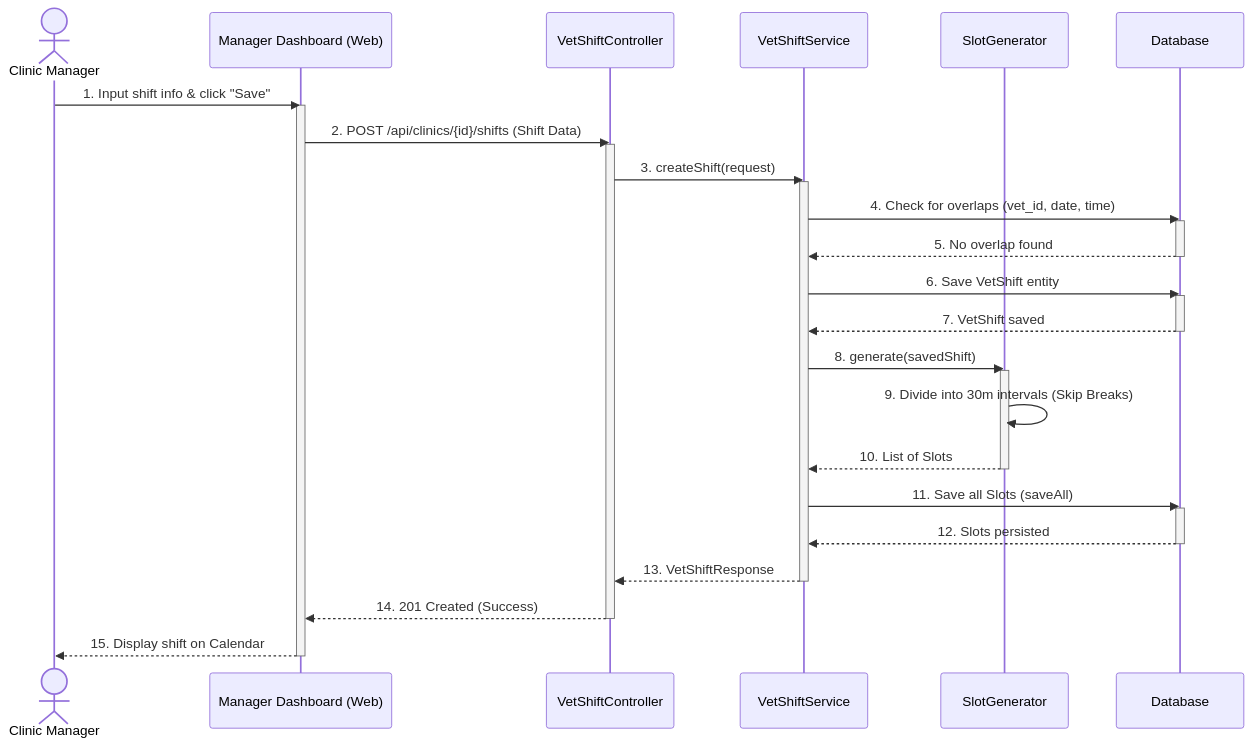
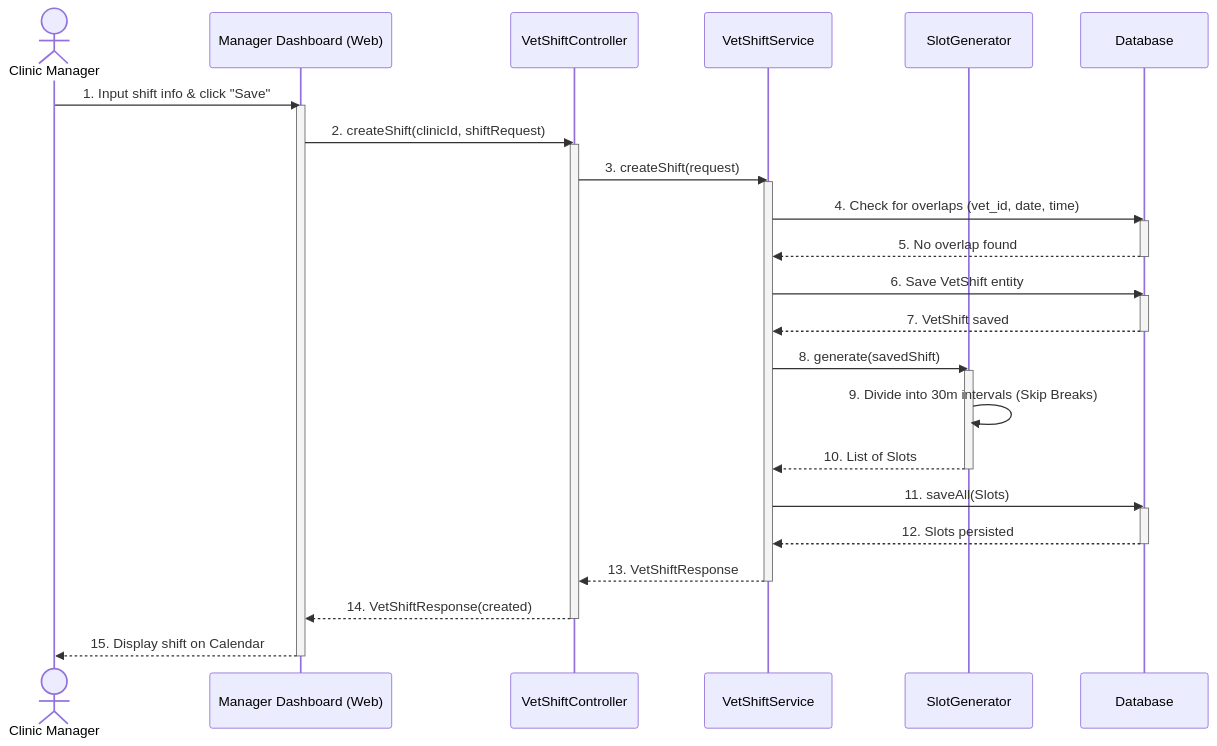
Before and after one commit to espresso23/Petties-Veterinary-Appointment-Booking-Platform: diagram 22 of 28 in docs-references/documentation/SDD/REPORT_4_SDD_SYSTEM_DESIGN.md, drawn with Mermaid. The commit also changed other lines of this file and 3 other files, not shown here.

Commit message:
docs: standardize SRS/SDD formats and fix sequence diagram notation

````diff
--- a/docs-references/documentation/SDD/REPORT_4_SDD_SYSTEM_DESIGN.md
+++ b/docs-references/documentation/SDD/REPORT_4_SDD_SYSTEM_DESIGN.md
@@ -1216,43 +1570,39 @@
 ```mermaid
 sequenceDiagram
     actor M as Clinic Manager
     participant UI as Manager Dashboard (Web)
     participant C as VetShiftController
     participant S as VetShiftService
     participant G as SlotGenerator
     participant DB as Database
 
     M->>UI: 1. Input shift info & click "Save"
     activate UI
-    UI->>C: 2. POST /api/clinics/{id}/shifts (Shift Data)
+    UI->>C: 2. createShift(clinicId, shiftRequest)
     activate C
     C->>S: 3. createShift(request)
     activate S
     S->>DB: 4. Check for overlaps (vet_id, date, time)
     activate DB
     DB-->>S: 5. No overlap found
     deactivate DB
-    
     S->>DB: 6. Save VetShift entity
     activate DB
     DB-->>S: 7. VetShift saved
     deactivate DB
-    
     S->>G: 8. generate(savedShift)
     activate G
     G->>G: 9. Divide into 30m intervals (Skip Breaks)
     G-->>S: 10. List of Slots
     deactivate G
-    
-    S->>DB: 11. Save all Slots (saveAll)
+    S->>DB: 11. saveAll(Slots)
     activate DB
     DB-->>S: 12. Slots persisted
     deactivate DB
-    
     S-->>C: 13. VetShiftResponse
     deactivate S
-    C-->>UI: 14. 201 Created (Success)
+    C-->>UI: 14. VetShiftResponse(created)
     deactivate C
     UI-->>M: 15. Display shift on Calendar
     deactivate UI
 ```
````
